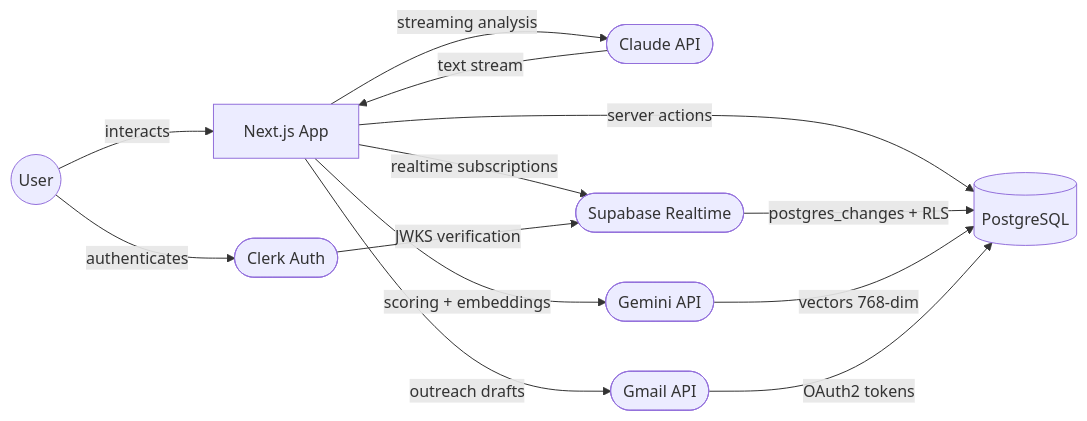
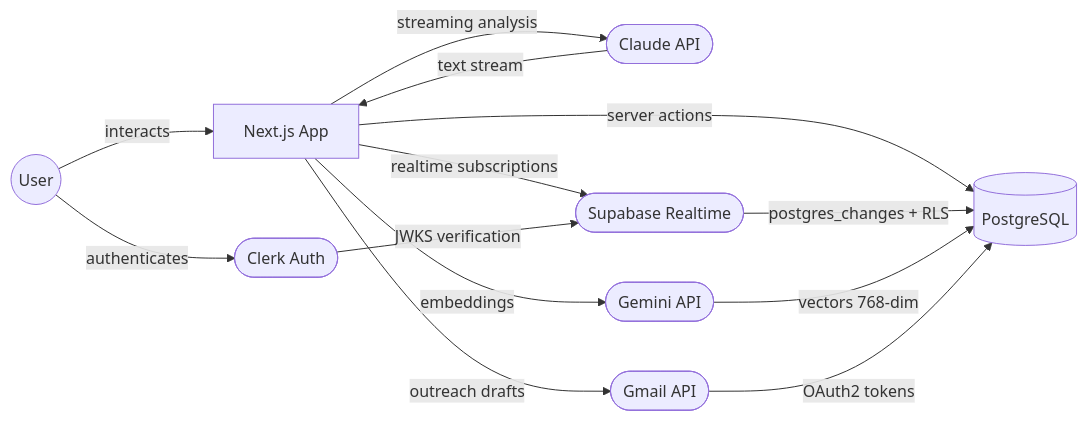
Before and after one commit to wenindoubt/admin.wenindoubt.com: the diagram in docs/system-architecture.md, drawn with Mermaid. The commit also changed other lines of this file and 15 other files, not shown here.

````diff
--- a/docs/system-architecture.md
+++ b/docs/system-architecture.md
@@ -5,17 +5,17 @@
 ```mermaid
 flowchart LR
     User((User)) -->|authenticates| Clerk([Clerk Auth])
     User -->|interacts| App[Next.js App]
 
     App -->|server actions| DB[(PostgreSQL)]
     App -->|streaming analysis| Claude([Claude API])
-    App -->|scoring + embeddings| Gemini([Gemini API])
+    App -->|embeddings| Gemini([Gemini API])
     App -->|realtime subscriptions| Supabase([Supabase Realtime])
     App -->|outreach drafts| Gmail([Gmail API])
 
     Clerk -->|JWKS verification| Supabase
     Supabase -->|postgres_changes + RLS| DB
     Claude -->|text stream| App
     Gemini -->|vectors 768-dim| DB
     Gmail -->|OAuth2 tokens| DB
 ```
````
